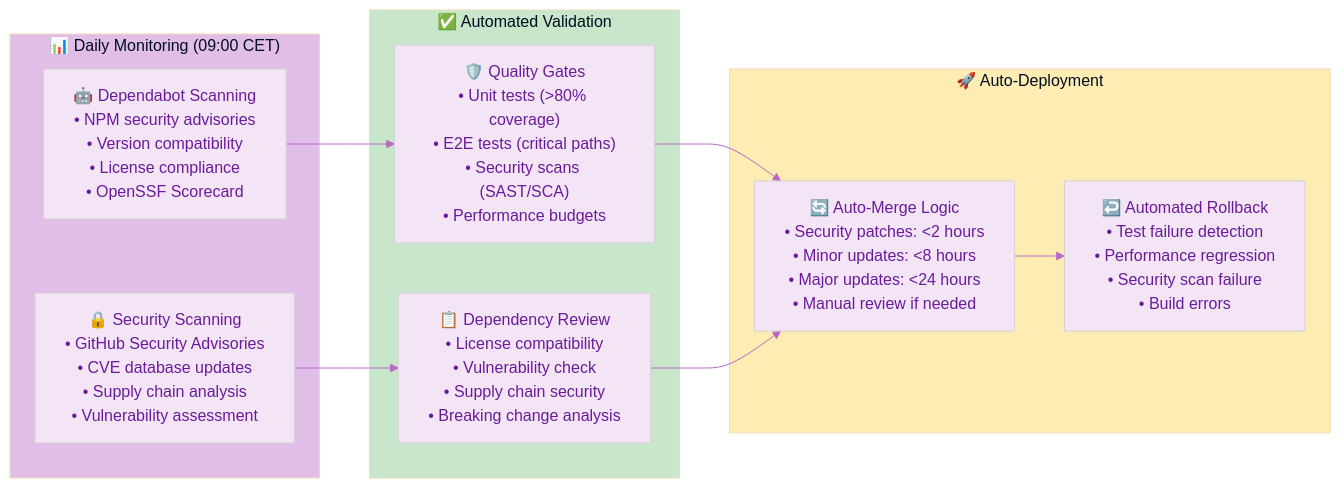
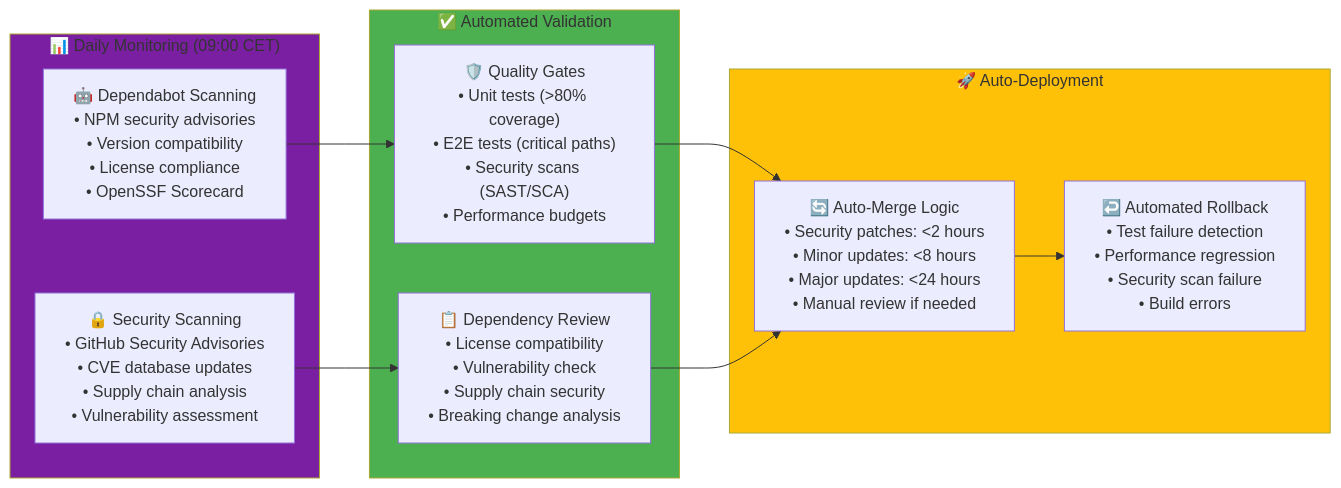
The fifth of 9 diagrams in docs/End-of-Life-Strategy.md (Hack23/cia-compliance-manager), drawn with Mermaid before and after one commit. The commit also changed other lines of this file and 18 other files, not shown here.

````diff
--- a/docs/End-of-Life-Strategy.md
+++ b/docs/End-of-Life-Strategy.md
@@ -470,39 +456,32 @@
 ```mermaid
 %%{
   init: {
-    'theme': 'base',
-    'themeVariables': {
-      'primaryColor': '#f3e5f5',
-      'primaryTextColor': '#6a1b9a',
-      'lineColor': '#ba68c8',
-      'secondaryColor': '#e8f5e9',
-      'tertiaryColor': '#fff3e0'
-    }
-  }
+    'theme': 'neutral',
+}
 }%%
 flowchart LR
     subgraph MONITORING["📊 Daily Monitoring (09:00 CET)"]
         DEPENDABOT["🤖 Dependabot Scanning<br/>• NPM security advisories<br/>• Version compatibility<br/>• License compliance<br/>• OpenSSF Scorecard"]
         SECURITY_SCAN["🔒 Security Scanning<br/>• GitHub Security Advisories<br/>• CVE database updates<br/>• Supply chain analysis<br/>• Vulnerability assessment"]
     end
 
     subgraph VALIDATION["✅ Automated Validation"]
         QUALITY_GATES["🛡️ Quality Gates<br/>• Unit tests (>80% coverage)<br/>• E2E tests (critical paths)<br/>• Security scans (SAST/SCA)<br/>• Performance budgets"]
         REVIEW_ACTION["📋 Dependency Review<br/>• License compatibility<br/>• Vulnerability check<br/>• Supply chain security<br/>• Breaking change analysis"]
     end
 
     subgraph DEPLOYMENT["🚀 Auto-Deployment"]
         AUTO_MERGE["🔄 Auto-Merge Logic<br/>• Security patches: <2 hours<br/>• Minor updates: <8 hours<br/>• Major updates: <24 hours<br/>• Manual review if needed"]
         ROLLBACK["↩️ Automated Rollback<br/>• Test failure detection<br/>• Performance regression<br/>• Security scan failure<br/>• Build errors"]
     end
 
     DEPENDABOT --> QUALITY_GATES
     SECURITY_SCAN --> REVIEW_ACTION
     QUALITY_GATES --> AUTO_MERGE
     REVIEW_ACTION --> AUTO_MERGE
     AUTO_MERGE --> ROLLBACK
 
-    style MONITORING fill:#e1bee7
-    style VALIDATION fill:#c8e6c9
-    style DEPLOYMENT fill:#ffecb3
+    style MONITORING fill:#7B1FA2
+    style VALIDATION fill:#4CAF50
+    style DEPLOYMENT fill:#FFC107
 ```
````
